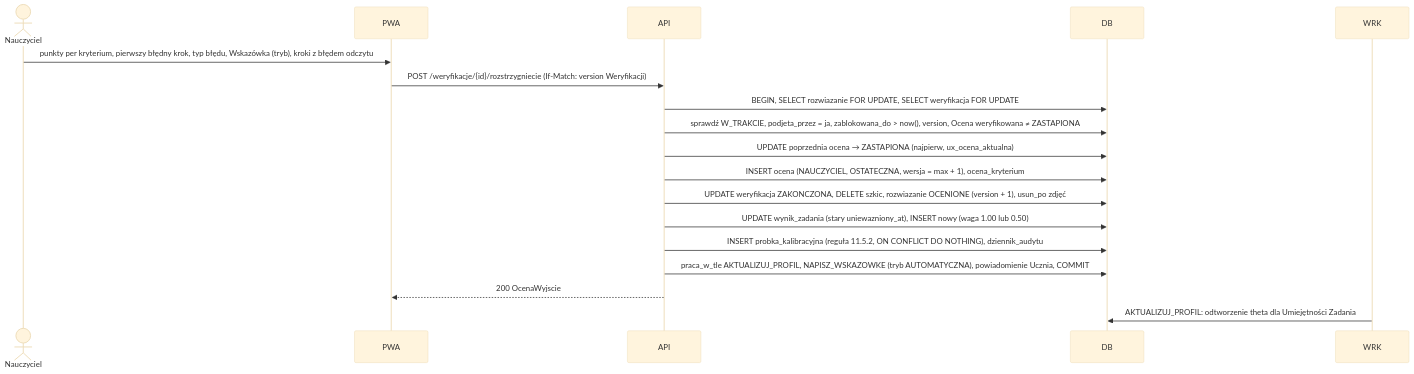
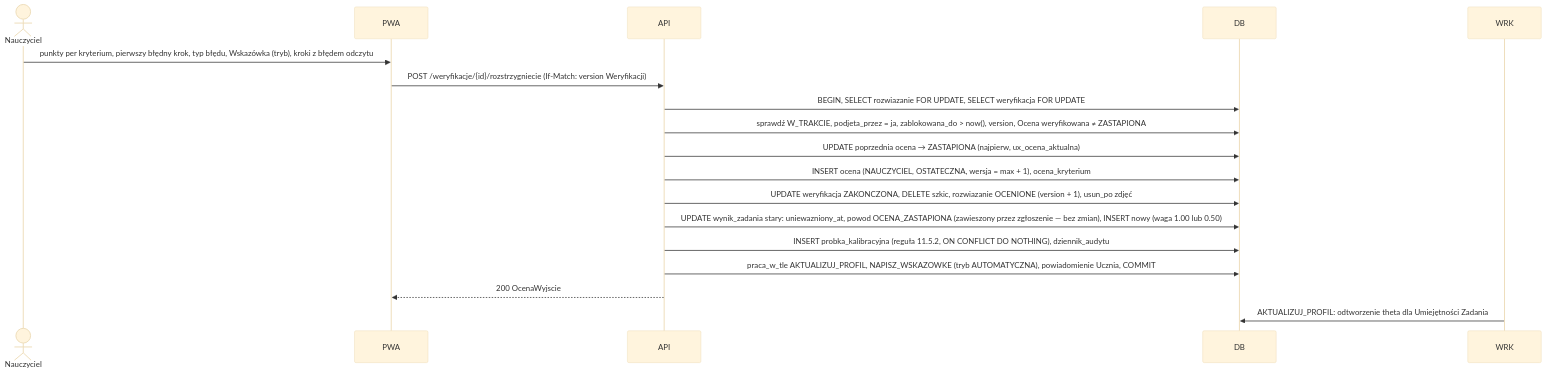
Diagram 17 of 25 in docs/ARCHITECTURE_DETAILED.md (misterekkk/lemat), drawn with Mermaid (base theme) before and after one commit. The commit also changed other lines of this file, not shown here.

First line of the commit message:
docs(architecture): iteration 1 architect pass — v2.1 addressing C1 critique

````diff
--- a/docs/ARCHITECTURE_DETAILED.md
+++ b/docs/ARCHITECTURE_DETAILED.md
@@ -1942,20 +2017,20 @@
 ```mermaid
 sequenceDiagram
     actor N as Nauczyciel
     participant PWA
     participant API
     participant DB
     participant WRK
     N->>PWA: punkty per kryterium, pierwszy błędny krok, typ błędu, Wskazówka (tryb), kroki z błędem odczytu
     PWA->>API: POST /weryfikacje/{id}/rozstrzygniecie (If-Match: version Weryfikacji)
     API->>DB: BEGIN, SELECT rozwiazanie FOR UPDATE, SELECT weryfikacja FOR UPDATE
     API->>DB: sprawdź W_TRAKCIE, podjeta_przez = ja, zablokowana_do > now(), version, Ocena weryfikowana ≠ ZASTAPIONA
     API->>DB: UPDATE poprzednia ocena → ZASTAPIONA (najpierw, ux_ocena_aktualna)
     API->>DB: INSERT ocena (NAUCZYCIEL, OSTATECZNA, wersja = max + 1), ocena_kryterium
     API->>DB: UPDATE weryfikacja ZAKONCZONA, DELETE szkic, rozwiazanie OCENIONE (version + 1), usun_po zdjęć
-    API->>DB: UPDATE wynik_zadania (stary uniewazniony_at), INSERT nowy (waga 1.00 lub 0.50)
+    API->>DB: UPDATE wynik_zadania stary: uniewazniony_at, powod OCENA_ZASTAPIONA (zawieszony przez zgłoszenie — bez zmian), INSERT nowy (waga 1.00 lub 0.50)
     API->>DB: INSERT probka_kalibracyjna (reguła 11.5.2, ON CONFLICT DO NOTHING), dziennik_audytu
     API->>DB: praca_w_tle AKTUALIZUJ_PROFIL, NAPISZ_WSKAZOWKE (tryb AUTOMATYCZNA), powiadomienie Ucznia, COMMIT
     API-->>PWA: 200 OcenaWyjscie
     WRK->>DB: AKTUALIZUJ_PROFIL: odtworzenie theta dla Umiejętności Zadania
 ```
````
